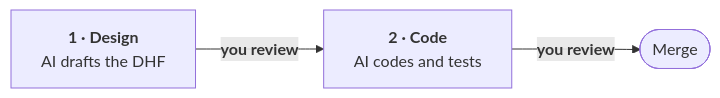
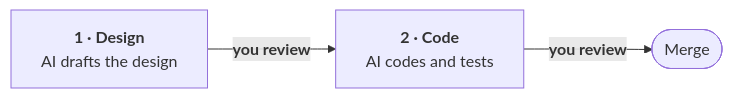
Before and after one commit to itercharles/MedHarness: the diagram in README.md, drawn with Mermaid. The commit also changed other lines of this file, not shown here.

````diff
--- a/README.md
+++ b/README.md
@@ -18,5 +13,5 @@
 ```mermaid
 flowchart LR
-    A["<b>1 · Design</b><br/>AI drafts the DHF"] -->|"<b>you review</b>"| B["<b>2 · Code</b><br/>AI codes and tests"]
+    A["<b>1 · Design</b><br/>AI drafts the design"] -->|"<b>you review</b>"| B["<b>2 · Code</b><br/>AI codes and tests"]
     B -->|"<b>you review</b>"| C(["Merge"])
 ```
````
